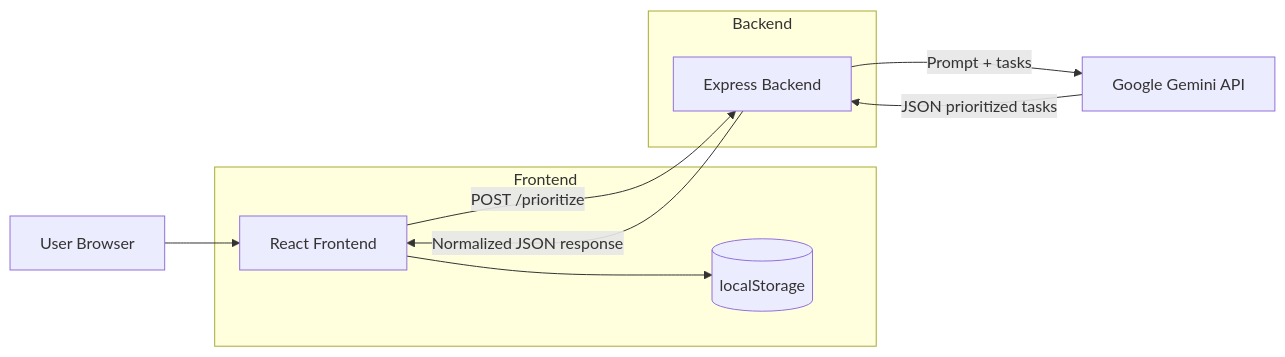
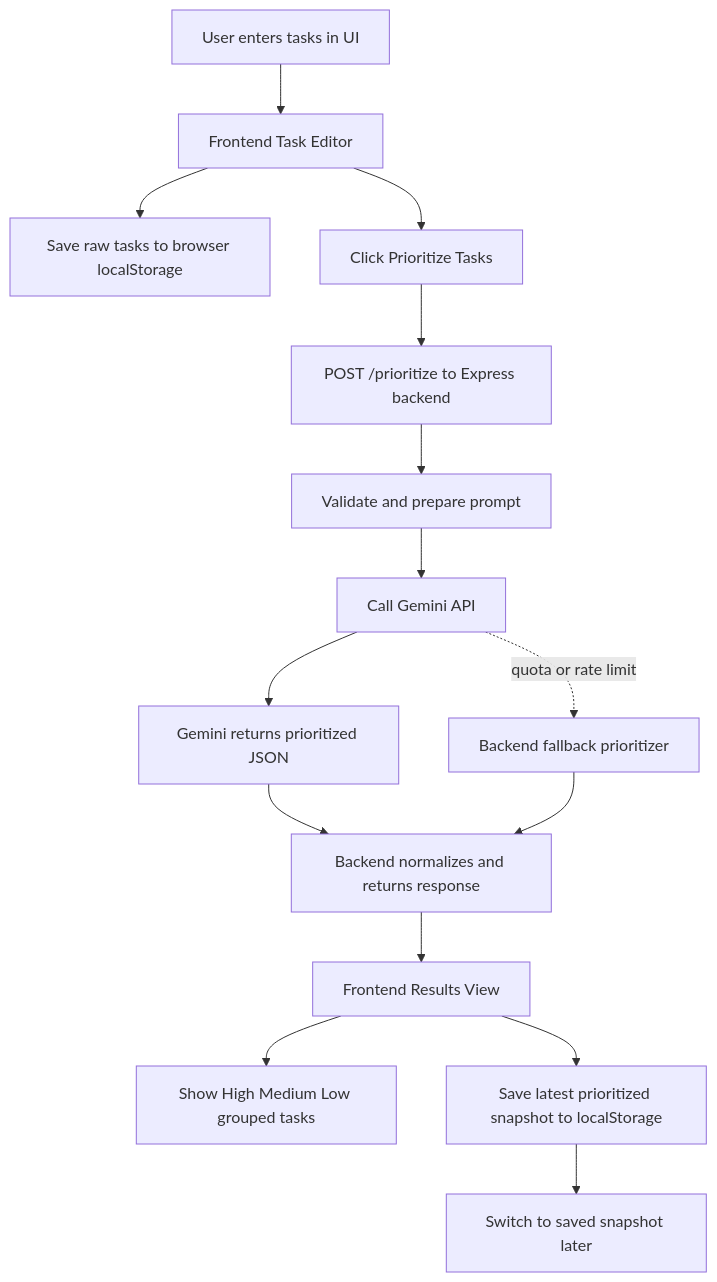
The diagram in README.md (sakil470004/ai-task-organizer), drawn with Mermaid before and after one commit. The commit also changed other lines of this file and 2 other files, not shown here.

````diff
--- a/README.md
+++ b/README.md
@@ -17,18 +37,18 @@
 ```mermaid
-flowchart LR
-  U[User Browser] --> F[React Frontend]
-  F --> LS[(localStorage)]
-  F -->|POST /prioritize| B[Express Backend]
-  B -->|Prompt + tasks| G[Google Gemini API]
-  G -->|JSON prioritized tasks| B
-  B -->|Normalized JSON response| F
+flowchart TD
+  A[User enters tasks in UI] --> B[Frontend Task Editor]
+  B --> C[Save raw tasks to browser localStorage]
+  B --> D[Click Prioritize Tasks]
+  D --> E[POST /prioritize to Express backend]
+  E --> F[Validate and prepare prompt]
+  F --> G[Call Gemini API]
+  G --> H[Gemini returns prioritized JSON]
+  H --> I[Backend normalizes and returns response]
+  I --> J[Frontend Results View]
+  J --> K[Show High Medium Low grouped tasks]
+  J --> L[Save latest prioritized snapshot to localStorage]
+  L --> M[Switch to saved snapshot later]
 
-  subgraph Frontend
-    F
-    LS
-  end
-
-  subgraph Backend
-    B
-  end
+  G -. quota or rate limit .-> N[Backend fallback prioritizer]
+  N --> I
 ```
````
